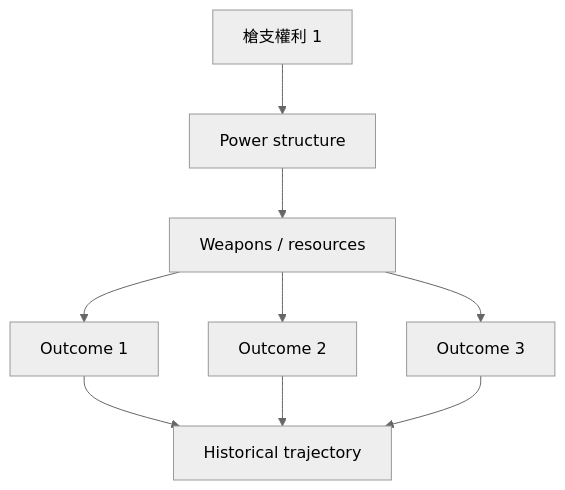
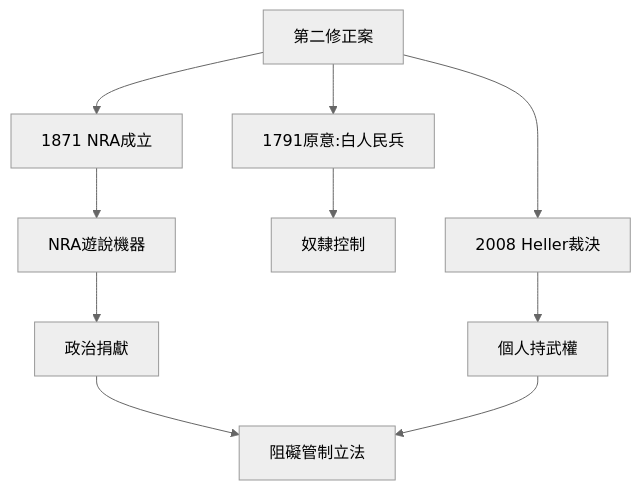
Before and after one commit to yip-lgtm/HKU-Harvard-History-Self-Study: the fifth of 10 diagrams in 02_Harvard_Courses/Fall_Courses/Hist124_Law_and_Order_America.md, drawn with Mermaid (neutral theme). The commit also changed other lines of this file and 65 other files, not shown here.

````diff
--- a/02_Harvard_Courses/Fall_Courses/Hist124_Law_and_Order_America.md
+++ b/02_Harvard_Courses/Fall_Courses/Hist124_Law_and_Order_America.md
@@ -263,11 +263,12 @@
 ```mermaid
 graph TD
-    A[槍支權利 1] --> B[Power structure]
-    B --> C[Weapons / resources]
-    C --> D[Outcome 1]
-    C --> E[Outcome 2]
-    C --> F[Outcome 3]
-    D --> G[Historical trajectory]
-    E --> G
-    F --> G
+    A[第二修正案] --> B[1791原意:白人民兵]
+    A --> C[1871 NRA成立]
+    A --> D[2008 Heller裁決]
+    B --> E[奴隸控制]
+    C --> F[NRA遊說機器]
+    D --> G[個人持武權]
+    F --> H[政治捐獻]
+    H --> I[阻礙管制立法]
+    G --> I
 ```
````
